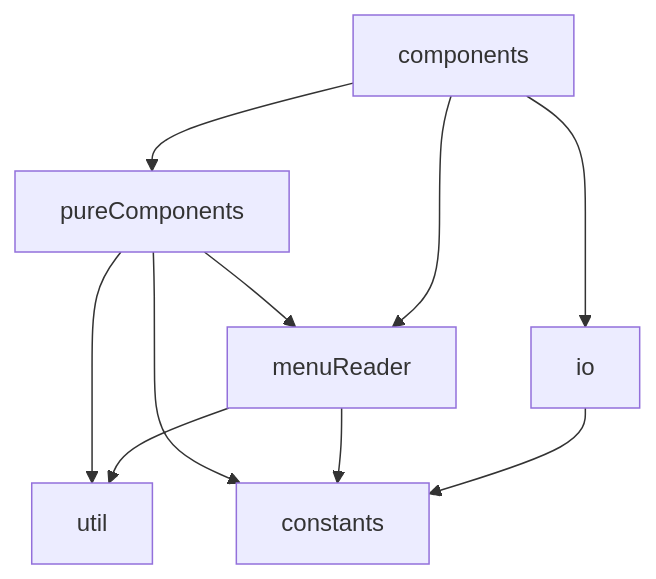
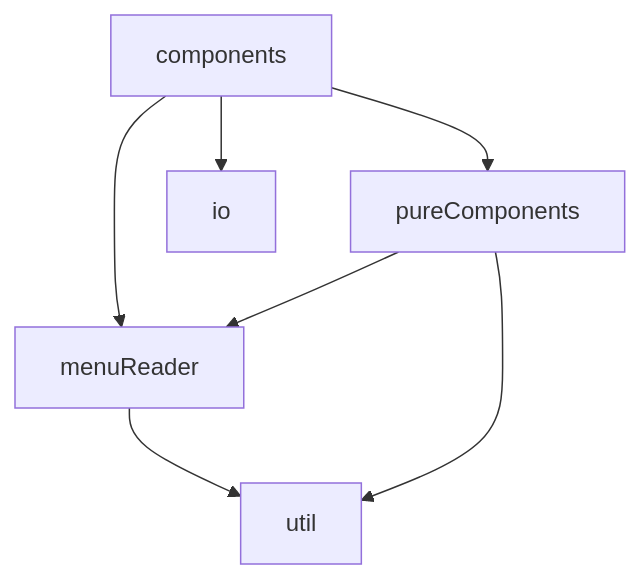
The diagram in README.md (mattriley/caffe-stazione-pos-simulator), drawn with Mermaid before and after one commit. The commit also changed 8 other files, not shown here.

````diff
--- a/README.md
+++ b/README.md
@@ -39,12 +39,9 @@
 ```mermaid
 graph TD;
     components-->pureComponents;
     components-->menuReader;
     components-->io;
-    io-->constants;
     menuReader-->util;
-    menuReader-->constants;
     pureComponents-->menuReader;
     pureComponents-->util;
-    pureComponents-->constants;
 ```
````
